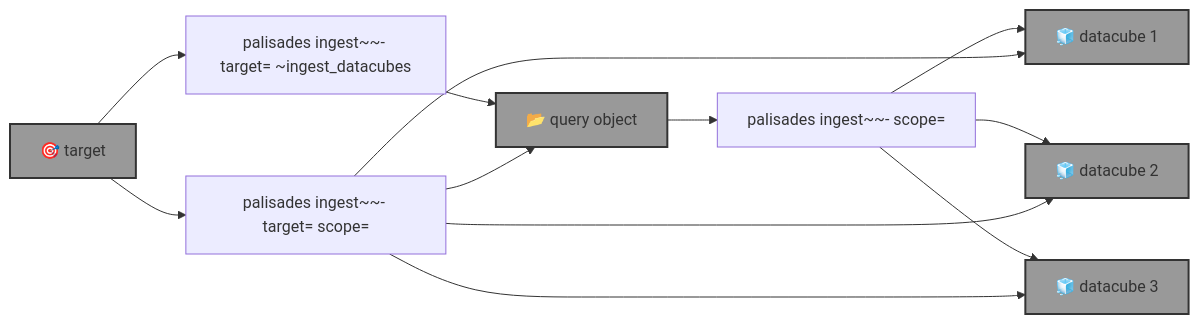
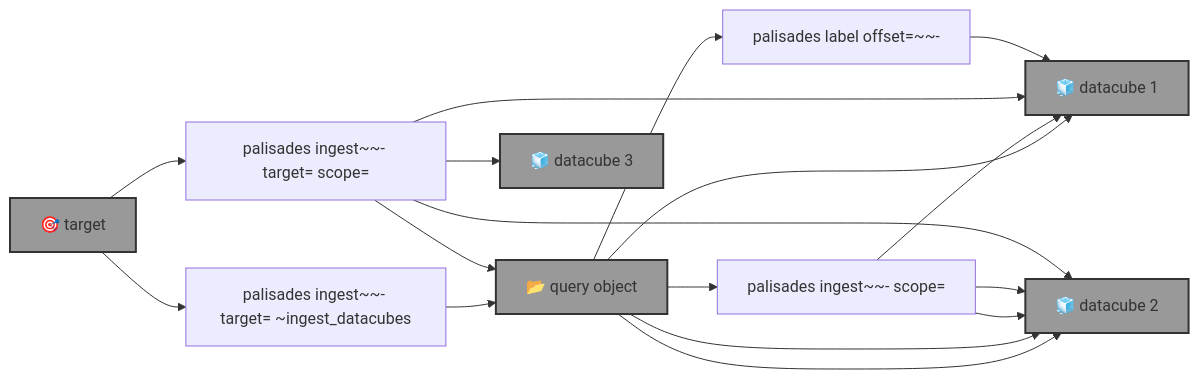
One commit to kamangir/blue-sandbox changed the diagram in blue_sandbox/palisades/template.md. Above: the diagram before and after it, drawn with Mermaid. The commit also changed other lines of this file and 7 other files, not shown here.

````diff
--- a/blue_sandbox/palisades/template.md
+++ b/blue_sandbox/palisades/template.md
@@ -5,30 +5,39 @@
 ```mermaid
 graph LR
     palisades_ingest_query_ingest["palisades ingest~~- <query-object-name> scope=<scope>"]
 
     palisades_ingest_target["palisades ingest~~- target=<target> ~ingest_datacubes"]
 
     palisades_ingest_target_ingest["palisades ingest~~- target=<target> scope=<scope>"]
 
+    palisades_label["palisades label offset=<offset>~~- <query-object-name>"]
+
     target["🎯 target"]:::folder
     query_object["📂 query object"]:::folder
     datacube_1["🧊 datacube 1"]:::folder
     datacube_2["🧊 datacube 2"]:::folder
     datacube_3["🧊 datacube 3"]:::folder
 
+    query_object --> datacube_1
+    query_object --> datacube_2
+    query_object --> datacube_2
+
     query_object --> palisades_ingest_query_ingest
     palisades_ingest_query_ingest --> datacube_1
     palisades_ingest_query_ingest --> datacube_2
-    palisades_ingest_query_ingest --> datacube_3
+    palisades_ingest_query_ingest --> datacube_2
 
     target --> palisades_ingest_target
     palisades_ingest_target --> query_object
 
     target --> palisades_ingest_target_ingest
     palisades_ingest_target_ingest --> query_object
     palisades_ingest_target_ingest --> datacube_1
     palisades_ingest_target_ingest --> datacube_2
     palisades_ingest_target_ingest --> datacube_3
 
+    query_object --> palisades_label
+    palisades_label --> datacube_1
+
     classDef folder fill:#999,stroke:#333,stroke-width:2px;
 ```
````
